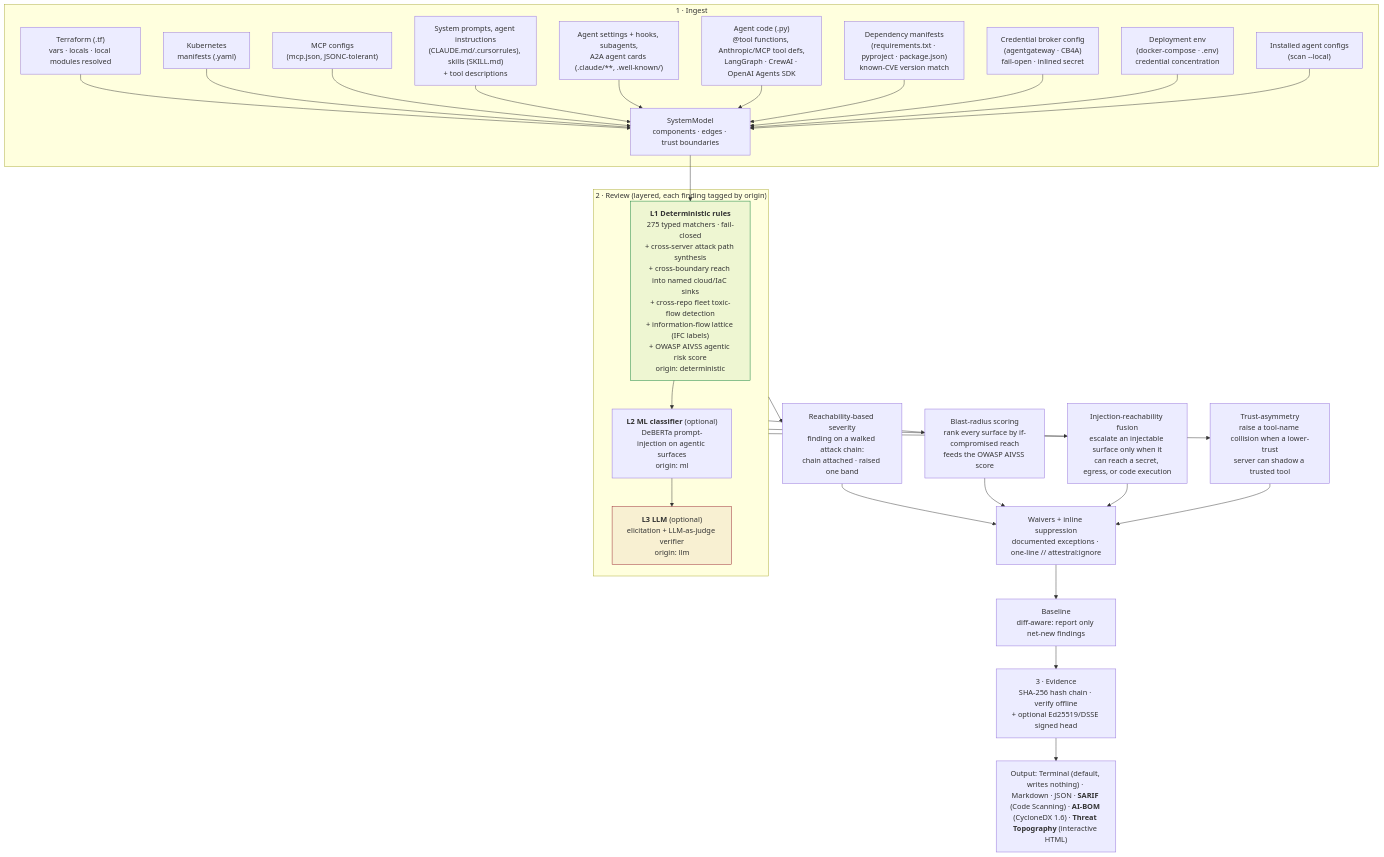
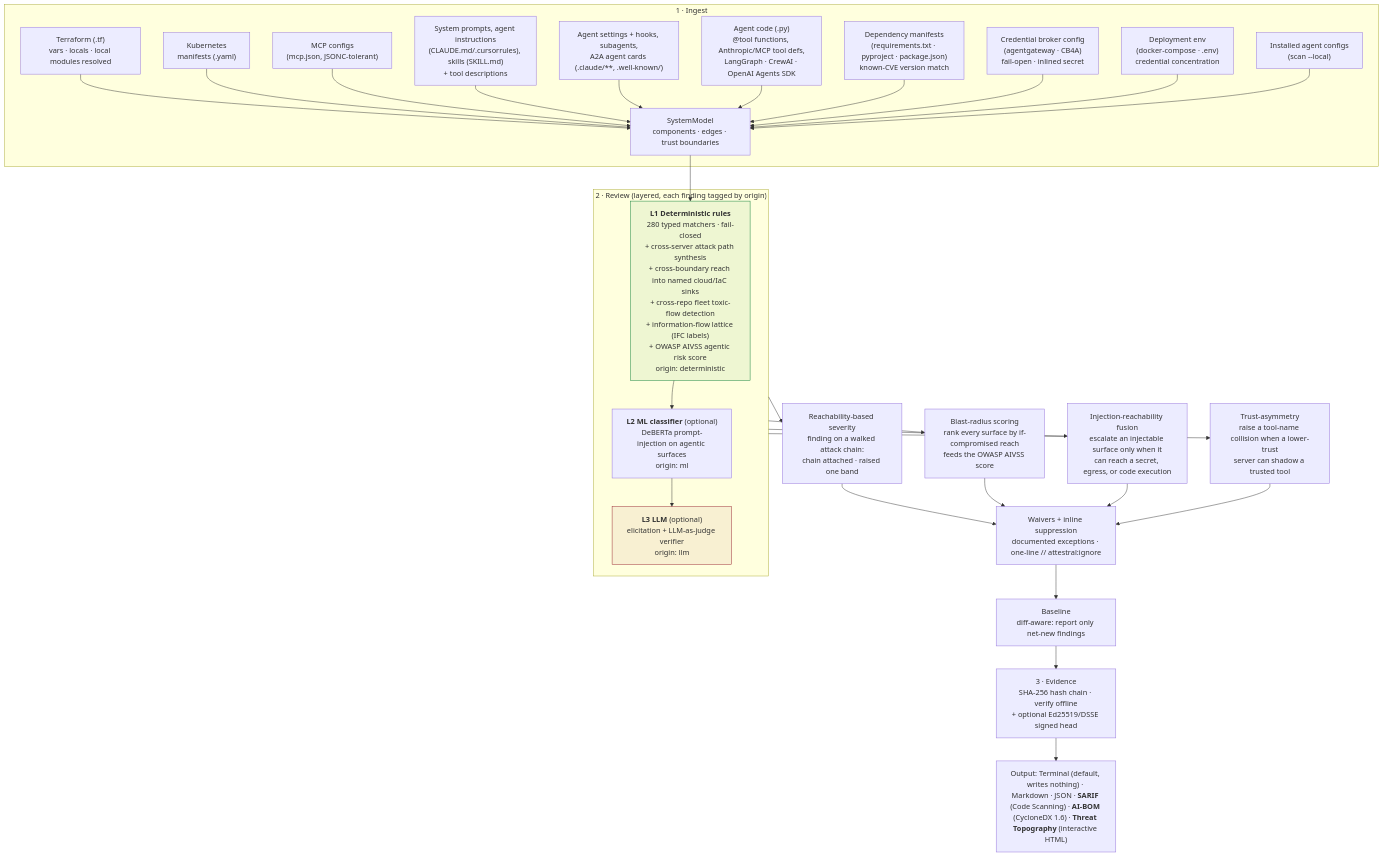
One commit to attestral-labs/attestral changed the first of 5 diagrams in README.md. Above: the diagram before and after it, drawn with Mermaid. The commit also changed other lines of this file and 13 other files, not shown here.

````diff
--- a/README.md
+++ b/README.md
@@ -124,36 +124,36 @@
 ```mermaid
 flowchart TB
     subgraph ING["1 · Ingest"]
         TF["Terraform (.tf)<br/>vars · locals · local modules resolved"] --> M
         K8S["Kubernetes<br/>manifests (.yaml)"] --> M
         MCP["MCP configs<br/>(mcp.json, JSONC-tolerant)"] --> M
         SP["System prompts, agent instructions<br/>(CLAUDE.md/.cursorrules), skills (SKILL.md)<br/>+ tool descriptions"] --> M
         AC["Agent settings + hooks, subagents,<br/>A2A agent cards (.claude/**, .well-known/)"] --> M
         CODE["Agent code (.py)<br/>@tool functions, Anthropic/MCP tool defs,<br/>LangGraph · CrewAI · OpenAI Agents SDK"] --> M
         DEP["Dependency manifests<br/>(requirements.txt · pyproject · package.json)<br/>known-CVE version match"] --> M
         GW["Credential broker config<br/>(agentgateway · CB4A)<br/>fail-open · inlined secret"] --> M
         DENV["Deployment env<br/>(docker-compose · .env)<br/>credential concentration"] --> M
         LC["Installed agent configs<br/>(scan --local)"] --> M
         M["SystemModel<br/>components · edges · trust boundaries"]
     end
     M --> L1
     subgraph REV["2 · Review (layered, each finding tagged by origin)"]
-        L1["<b>L1 Deterministic rules</b><br/>275 typed matchers · fail-closed<br/>+ cross-server attack path synthesis<br/>+ cross-boundary reach into named cloud/IaC sinks<br/>+ cross-repo fleet toxic-flow detection<br/>+ information-flow lattice (IFC labels)<br/>+ OWASP AIVSS agentic risk score<br/>origin: deterministic"]
+        L1["<b>L1 Deterministic rules</b><br/>280 typed matchers · fail-closed<br/>+ cross-server attack path synthesis<br/>+ cross-boundary reach into named cloud/IaC sinks<br/>+ cross-repo fleet toxic-flow detection<br/>+ information-flow lattice (IFC labels)<br/>+ OWASP AIVSS agentic risk score<br/>origin: deterministic"]
         L2["<b>L2 ML classifier</b> (optional)<br/>DeBERTa prompt-injection on agentic surfaces<br/>origin: ml"]
         L3["<b>L3 LLM</b> (optional)<br/>elicitation + LLM-as-judge verifier<br/>origin: llm"]
         L1 --> L2 --> L3
     end
     REV --> RS["Reachability-based severity<br/>finding on a walked attack chain:<br/>chain attached · raised one band"]
     REV --> BR["Blast-radius scoring<br/>rank every surface by if-compromised reach<br/>feeds the OWASP AIVSS score"]
     REV --> IR["Injection-reachability fusion<br/>escalate an injectable surface only when it<br/>can reach a secret, egress, or code execution"]
     REV --> TA["Trust-asymmetry<br/>raise a tool-name collision when a lower-trust<br/>server can shadow a trusted tool"]
     RS --> W["Waivers + inline suppression<br/>documented exceptions · one-line // attestral:ignore"]
     BR --> W
     IR --> W
     TA --> W
     W --> BL["Baseline<br/>diff-aware: report only net-new findings"]
     BL --> EV["3 · Evidence<br/>SHA-256 hash chain · verify offline<br/>+ optional Ed25519/DSSE signed head"]
     EV --> OUT["Output: Terminal (default, writes nothing) · Markdown · JSON · <b>SARIF</b> (Code Scanning) · <b>AI-BOM</b> (CycloneDX 1.6) · <b>Threat Topography</b> (interactive HTML)"]
     style L1 fill:#0a7d3611,stroke:#0a7d36
     style L3 fill:#96222E11,stroke:#96222E
 ```
````
